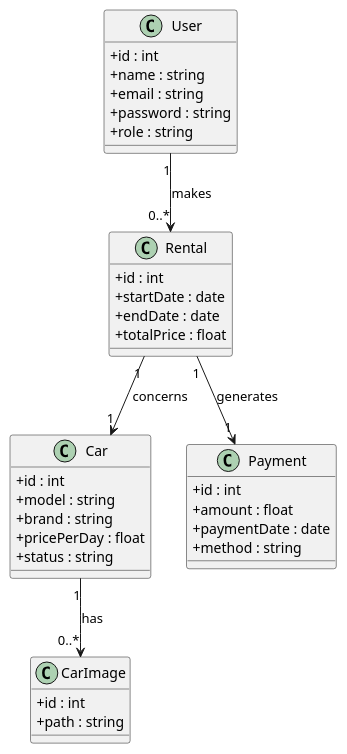
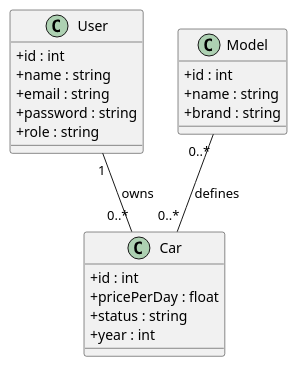
One commit to le3shiri/projet-technique-cars changed the diagram in conception/ClassDiagramme.puml. Above: the diagram before and after it, drawn with PlantUML. The commit also changed 5 other files, not shown here.

```diff
--- a/conception/ClassDiagramme.puml
+++ b/conception/ClassDiagramme.puml
@@ -1,44 +1,27 @@
 @startuml
 skinparam classAttributeIconSize 0
 
 class User {
   +id : int
   +name : string
   +email : string
   +password : string
   +role : string
 }
 
+class Model {
+  +id : int
+  +name : string
+  +brand : string
+}
+
 class Car {
   +id : int
-  +model : string
-  +brand : string
   +pricePerDay : float
   +status : string
+  +year : int
 }
 
-class CarImage {
-  +id : int
-  +path : string
-}
-
-class Rental {
-  +id : int
-  +startDate : date
-  +endDate : date
-  +totalPrice : float
-}
-
-class Payment {
-  +id : int
-  +amount : float
-  +paymentDate : date
-  +method : string
-}
-
-User "1" --> "0..*" Rental : makes
-Rental "1" --> "1" Car : concerns
-Car "1" --> "0..*" CarImage : has
-Rental "1" --> "1" Payment : generates
-
+Model "0..*" -- "0..*" Car : defines
+User "1" -- "0..*" Car : owns
 @enduml
```
